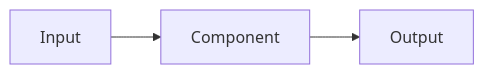
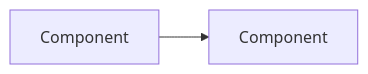
One commit to microsoftgbb/w2p changed the diagram in whiteboard/architecture.md. Above: the diagram before and after it, drawn with Mermaid. The commit also changed other lines of this file and 11 other files, not shown here.

````diff
--- a/whiteboard/architecture.md
+++ b/whiteboard/architecture.md
@@ -5,5 +3,4 @@
 ```mermaid
 graph LR
-    A[Input] --> B[Component]
-    B --> C[Output]
+    A[Component] --> B[Component]
 ```
````
